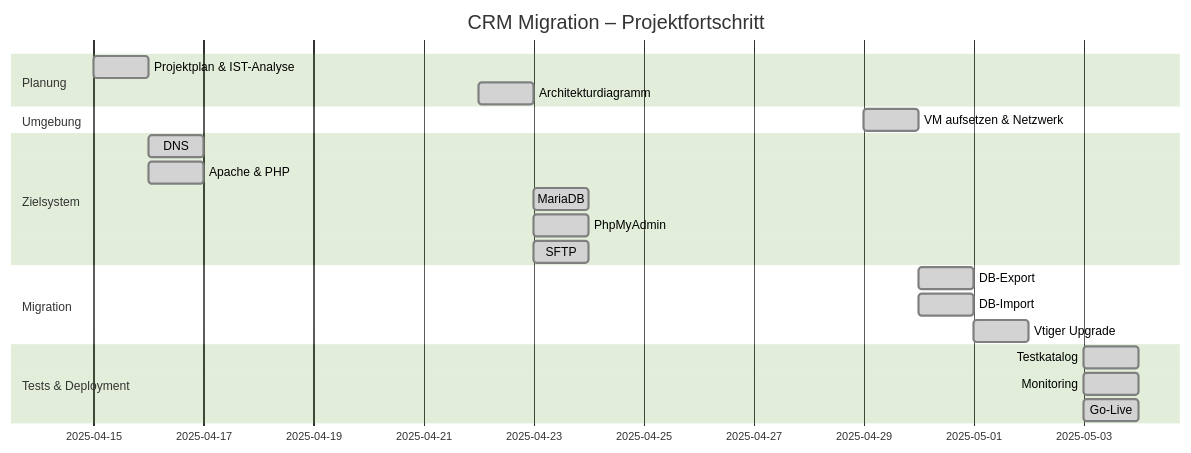
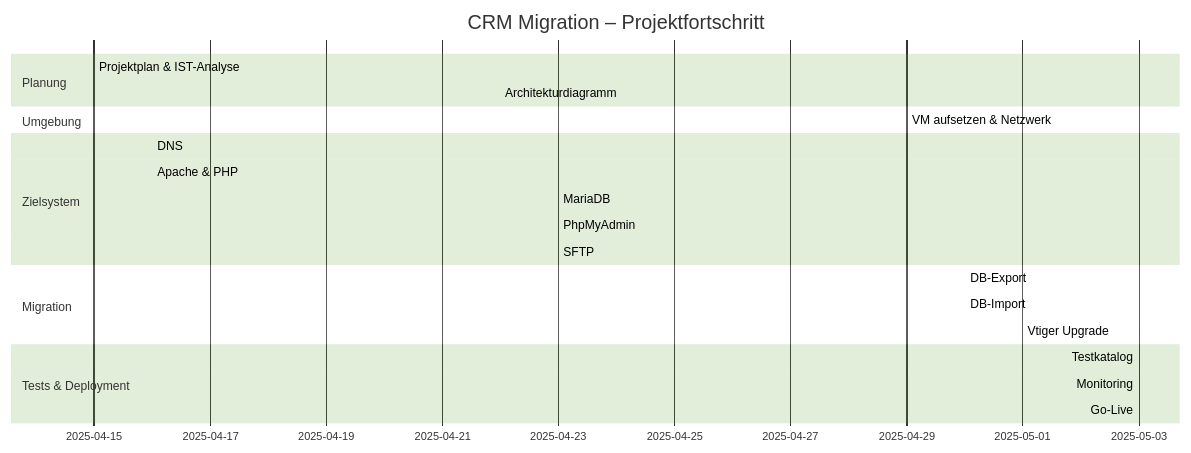
The diagram in Arbeitsjournal.md (TBZ-Rob/M158-LB2), drawn with Mermaid (forest theme) before and after one commit.

````diff
--- a/Arbeitsjournal.md
+++ b/Arbeitsjournal.md
@@ -5,29 +5,29 @@
 ```mermaid
 gantt
     title CRM Migration – Projektfortschritt
     dateFormat  YYYY-MM-DD
 
     section Planung
-    Projektplan & IST-Analyse      :done, 2025-04-15, 1d
-    Architekturdiagramm            :done, 2025-04-22, 1d
+    Projektplan & IST-Analyse      :done, 2025-04-15, 0d
+    Architekturdiagramm            :done, 2025-04-22, 0d
 
     section Umgebung
-    VM aufsetzen & Netzwerk        :done, 2025-04-29, 1d
+    VM aufsetzen & Netzwerk        :done, 2025-04-29, 0d
 
     section Zielsystem
-    DNS                           :done, 2025-04-16, 1d
-    Apache & PHP                  :done, 2025-04-16, 1d
-    MariaDB                       :done, 2025-04-23, 1d
-    PhpMyAdmin                    :done, 2025-04-23, 1d
-    SFTP                          :done, 2025-04-23, 1d
+    DNS                            :done, 2025-04-16, 0d
+    Apache & PHP                   :done, 2025-04-16, 0d
+    MariaDB                        :done, 2025-04-23, 0d
+    PhpMyAdmin                     :done, 2025-04-23, 0d
+    SFTP                           :done, 2025-04-23, 0d
 
     section Migration
-    DB-Export                     :done, 2025-04-30, 1d
-    DB-Import                     :done, 2025-04-30, 1d
-    Vtiger Upgrade                :done, 2025-05-01, 1d
+    DB-Export                      :done, 2025-04-30, 0d
+    DB-Import                      :done, 2025-04-30, 0d
+    Vtiger Upgrade                 :done, 2025-05-01, 0d
 
     section Tests & Deployment
-    Testkatalog                   :done, 2025-05-03, 1d
-    Monitoring                    :done, 2025-05-03, 1d
-    Go-Live                       :done, 2025-05-03, 1d
+    Testkatalog                    :done, 2025-05-03, 0d
+    Monitoring                     :done, 2025-05-03, 0d
+    Go-Live                        :done, 2025-05-03, 0d
 ```
````
